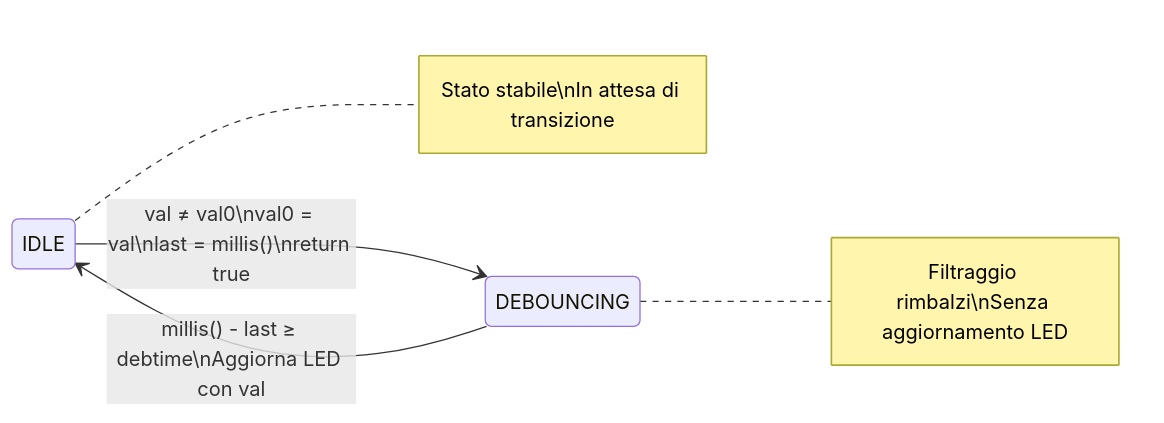
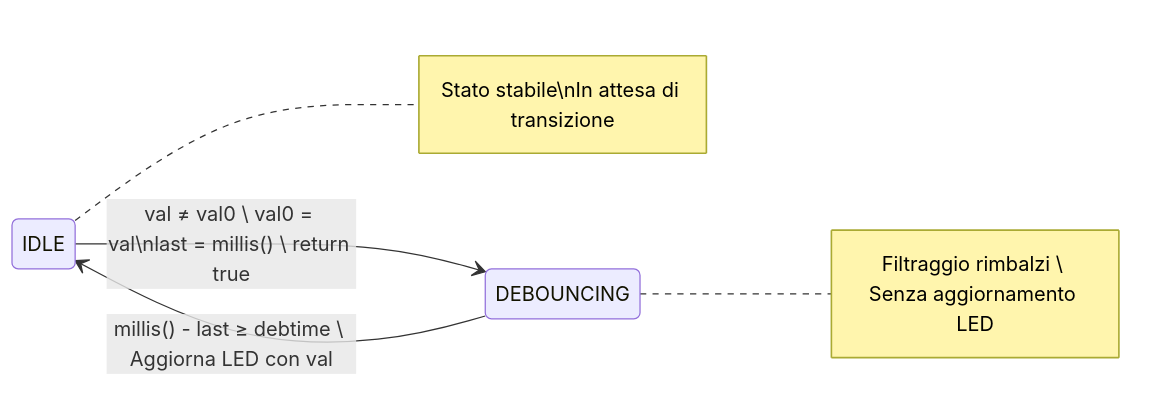
Before and after one commit to sebastianomelita/ArduinoBareMetal: the diagram in debouncerFSM2.md, drawn with Mermaid.

````diff
--- a/debouncerFSM2.md
+++ b/debouncerFSM2.md
@@ -136,12 +136,12 @@
 ```mermaid
 %%{init: {'theme': 'default', 'themeVariables': { 'primaryColor': '#ffffff', 'primaryTextColor': '#000000', 'primaryBorderColor': '#000000', 'lineColor': '#000000', 'secondaryColor': '#f4f4f4', 'tertiaryColor': '#ffffff' }}}%%
 stateDiagram-v2
     direction LR
     
-    IDLE --> DEBOUNCING: val ≠ val0\nval0 = val\nlast = millis()\nreturn true
-    DEBOUNCING --> IDLE: millis() - last ≥ debtime\nAggiorna LED con val
+    IDLE --> DEBOUNCING: val ≠ val0 \ val0 = val\nlast = millis() \ return true
+    DEBOUNCING --> IDLE: millis() - last ≥ debtime \ Aggiorna LED con val
     
     note right of IDLE: Stato stabile\nIn attesa di transizione
-    note right of DEBOUNCING: Filtraggio rimbalzi\nSenza aggiornamento LED
+    note right of DEBOUNCING: Filtraggio rimbalzi \ Senza aggiornamento LED
 
 ```
````
